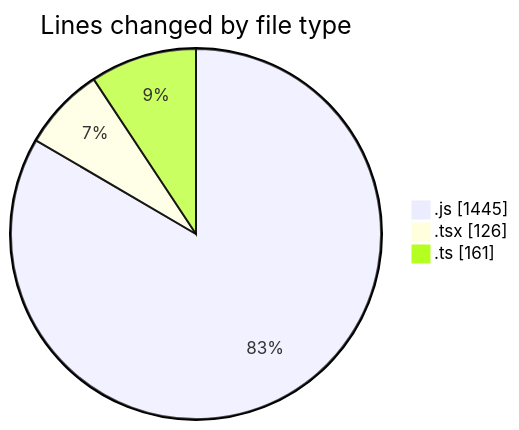
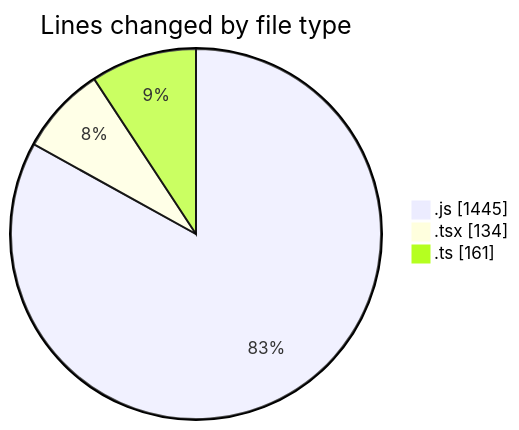
The first of 2 diagrams in 2025-03-13/cda/README.md (momahboobian/code-tracking), drawn with Mermaid before and after one commit. The commit also changed other lines of this file and 1 other file, not shown here.

````diff
--- a/2025-03-13/cda/README.md
+++ b/2025-03-13/cda/README.md
@@ -28,7 +28,7 @@
 ```mermaid
 pie showData
 title Lines changed by file type
 ".js" : 1445
-".tsx" : 126
+".tsx" : 134
 ".ts" : 161
 ```
````
